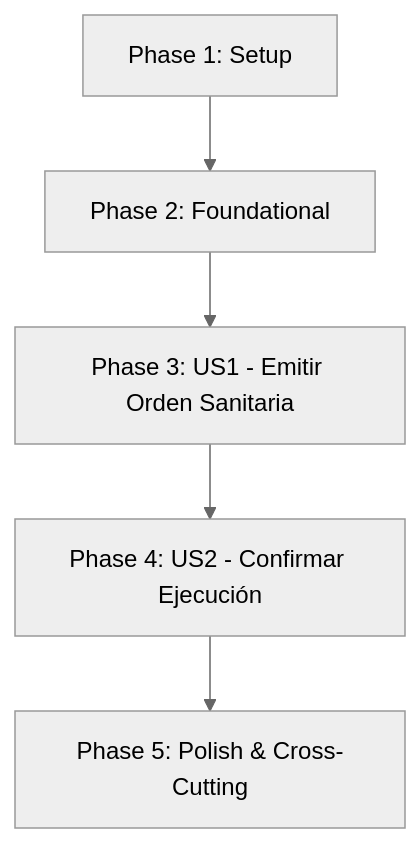
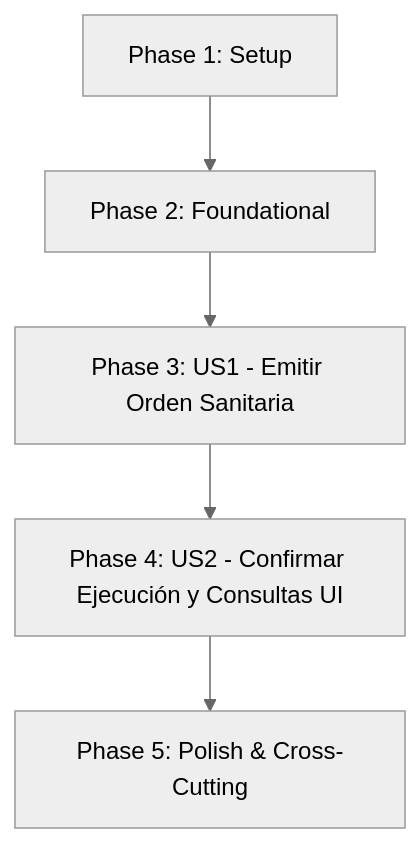
The diagram in docs/Plan/008-GestionDelSacrificioSanitario.md (OscarHernandez123/AviControlMod2), drawn with Mermaid (neutral theme) before and after one commit. The commit also changed other lines of this file, not shown here.

````diff
--- a/docs/Plan/008-GestionDelSacrificioSanitario.md
+++ b/docs/Plan/008-GestionDelSacrificioSanitario.md
@@ -413,7 +439,7 @@
 ```mermaid
 graph TD
     Phase1[Phase 1: Setup] --> Phase2[Phase 2: Foundational]
     Phase2 --> Phase3[Phase 3: US1 - Emitir Orden Sanitaria]
-    Phase3 --> Phase4[Phase 4: US2 - Confirmar Ejecución]
+    Phase3 --> Phase4[Phase 4: US2 - Confirmar Ejecución y Consultas UI]
     Phase4 --> Phase5[Phase 5: Polish & Cross-Cutting]
 ```
````
